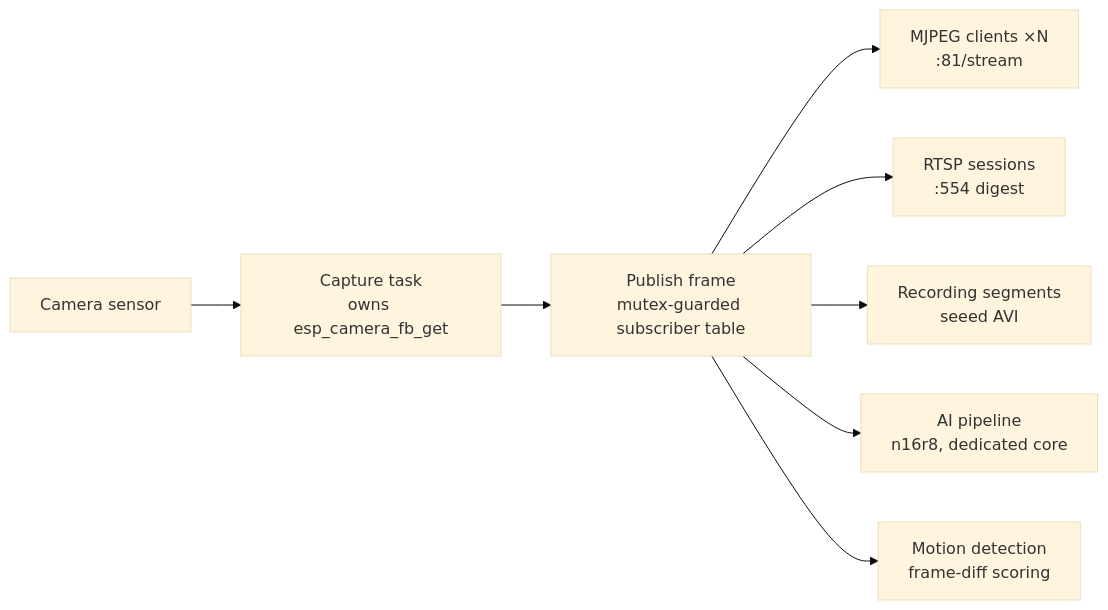
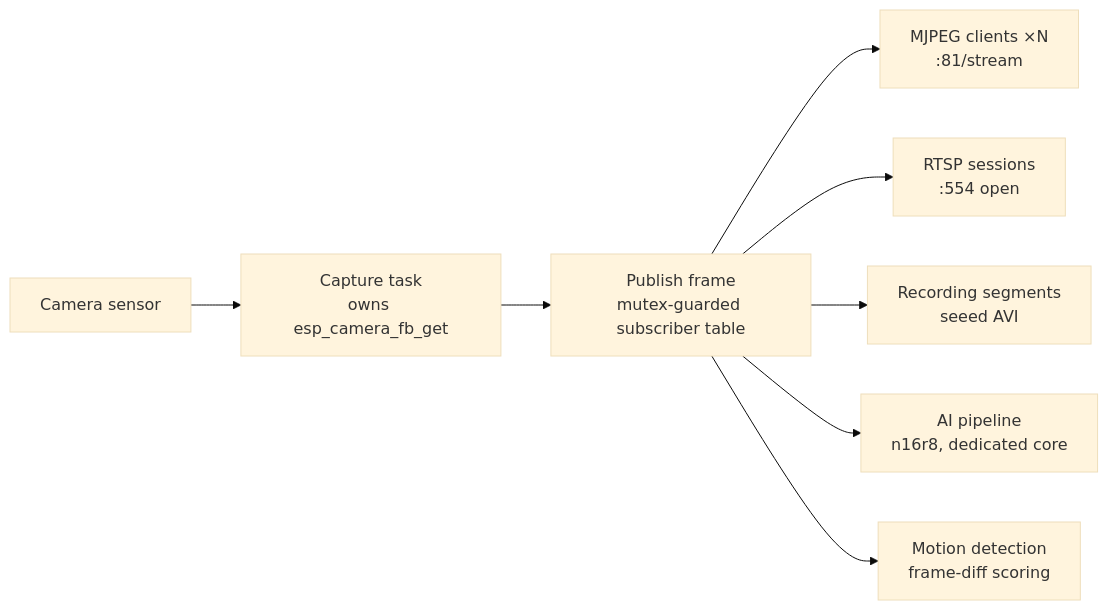
The second of 2 diagrams in mibeecam/en-US/espcam-architecture.md (Mi-Bee-Studio/mibee-docs), drawn with Mermaid (base theme) before and after one commit. The commit also changed other lines of this file and 44 other files, not shown here.

````diff
--- a/mibeecam/en-US/espcam-architecture.md
+++ b/mibeecam/en-US/espcam-architecture.md
@@ -30,10 +30,10 @@
 ```mermaid
 flowchart LR
     SEN[Camera sensor] --> CAP[Capture task<br/>owns esp_camera_fb_get]
     CAP --> PUB[Publish frame<br/>mutex-guarded subscriber table]
     PUB --> M1[MJPEG clients ×N<br/>:81/stream]
-    PUB --> M2[RTSP sessions<br/>:554 digest]
+    PUB --> M2[RTSP sessions<br/>:554 open]
     PUB --> M3[Recording segments<br/>seeed AVI]
     PUB --> M4[AI pipeline<br/>n16r8, dedicated core]
     PUB --> M5[Motion detection<br/>frame-diff scoring]
 ```
````
